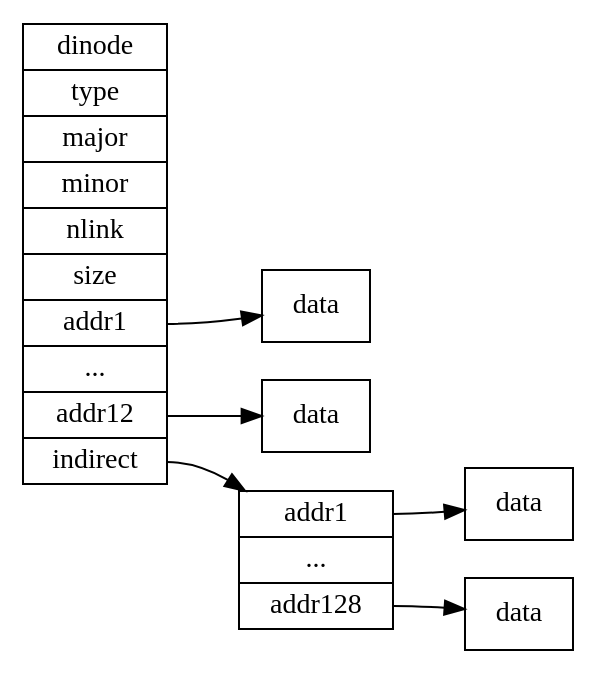
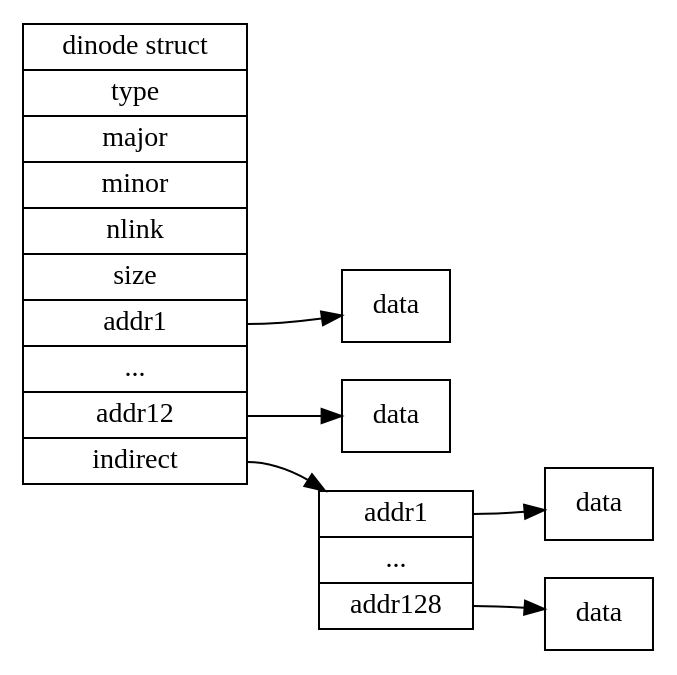
The diagram in 62-buffer-log.org (Jeanhwea/xv6-course), drawn with Graphviz before and after one commit. The commit also changed 1 other file, not shown here.

Commit message:
timestamp: 2023-12-01 16:58:41

```diff
--- a/62-buffer-log.org
+++ b/62-buffer-log.org
@@ -11,38 +11,38 @@
 #+BEGIN_SRC dot :exports results :file ./img/dinode.png
   digraph {
     graph [
       rankdir = "LR"
     ];
     dinode [
-      label = "dinode|type|major|minor|nlink|size|<f1>addr1|...|<f2>addr12|<f3>indirect"
+      label = "dinode struct |type|major|minor|nlink|size|<f1>addr1|...|<f2>addr12|<f3>indirect"
       shape = "record"
     ];
     dinode:f1 -> data01;
     data01 [
       label = "data"
       shape = "record"
     ];
     dinode:f2 -> data12;
     data12 [
       label = "data"
       shape = "record"
     ];
 
     dinode:f3 -> indrnode;
     indrnode [
       label = "<f1>addr1|...|<f2>addr128"
       shape = "record"
     ];
 
     indrnode:f1 -> idata01;
     idata01 [
       label = "data"
       shape = "record"
     ];
     indrnode:f2 -> idata128;
     idata128 [
       label = "data"
       shape = "record"
     ];
   }
 #+END_SRC
```
